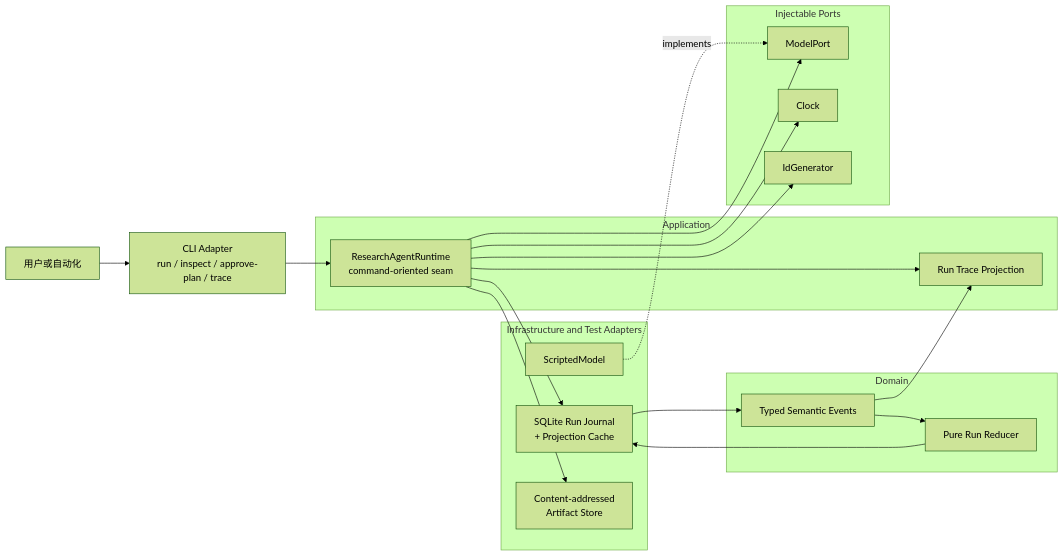
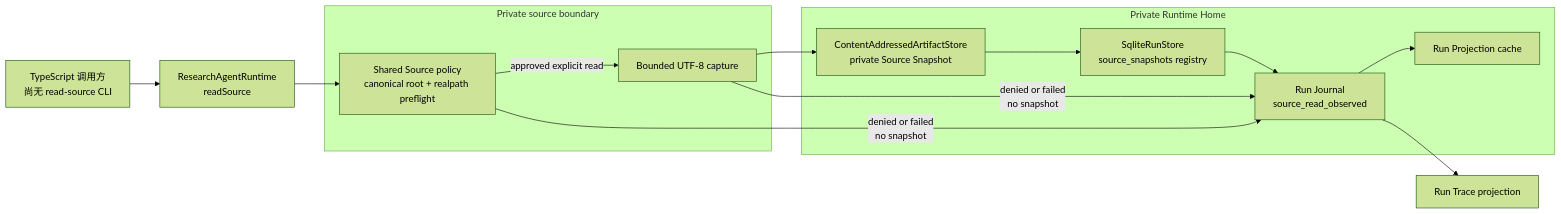
One commit to nightsu/ai-stuff changed the first of 2 diagrams in projects/evidence-research-agent/docs/architecture.md. Above: the diagram before and after it, drawn with Mermaid (forest theme). The commit also changed other lines of this file and 3 other files, not shown here.

Commit message:
docs: explain private source snapshots

````diff
--- a/projects/evidence-research-agent/docs/architecture.md
+++ b/projects/evidence-research-agent/docs/architecture.md
@@ -7,39 +7,28 @@
 ```mermaid
 flowchart LR
-  User["用户或自动化"] --> CLI["CLI Adapter\nrun / inspect / approve-plan / trace"]
+  Caller["TypeScript 调用方<br/>尚无 read-source CLI"] --> Runtime["ResearchAgentRuntime<br/>readSource"]
 
-  subgraph Application["Application"]
-    Runtime["ResearchAgentRuntime\ncommand-oriented seam"]
-    Trace["Run Trace Projection"]
+  subgraph SourceBoundary["Private source boundary"]
+    Policy["Shared Source policy<br/>canonical root + realpath preflight"]
+    Reader["Bounded UTF-8 capture"]
   end
 
-  subgraph Domain["Domain"]
-    Reducer["Pure Run Reducer"]
-    Events["Typed Semantic Events"]
+  subgraph RuntimeHome["Private Runtime Home"]
+    Snapshot["ContentAddressedArtifactStore<br/>private Source Snapshot"]
+    Registry["SqliteRunStore<br/>source_snapshots registry"]
+    Journal["Run Journal<br/>source_read_observed"]
+    Projection["Run Projection cache"]
   end
 
-  subgraph Ports["Injectable Ports"]
-    ModelPort["ModelPort"]
-    ClockPort["Clock"]
-    IdPort["IdGenerator"]
-  end
+  Trace["Run Trace projection"]
 
-  subgraph Adapters["Infrastructure and Test Adapters"]
-    Scripted["ScriptedModel"]
-    SQLite["SQLite Run Journal\n+ Projection Cache"]
-    Artifact["Content-addressed\nArtifact Store"]
-  end
-
-  CLI --> Runtime
-  Runtime --> ModelPort
-  Runtime --> ClockPort
-  Runtime --> IdPort
-  Scripted -. implements .-> ModelPort
-  Runtime --> Artifact
-  Runtime --> SQLite
-  SQLite --> Events
-  Events --> Reducer
-  Reducer --> SQLite
-  Events --> Trace
-  Runtime --> Trace
+  Runtime --> Policy
+  Policy -->|"approved explicit read"| Reader
+  Reader --> Snapshot
+  Snapshot --> Registry
+  Registry --> Journal
+  Policy -->|"denied or failed<br/>no snapshot"| Journal
+  Reader -->|"denied or failed<br/>no snapshot"| Journal
+  Journal --> Projection
+  Journal --> Trace
 ```
````
